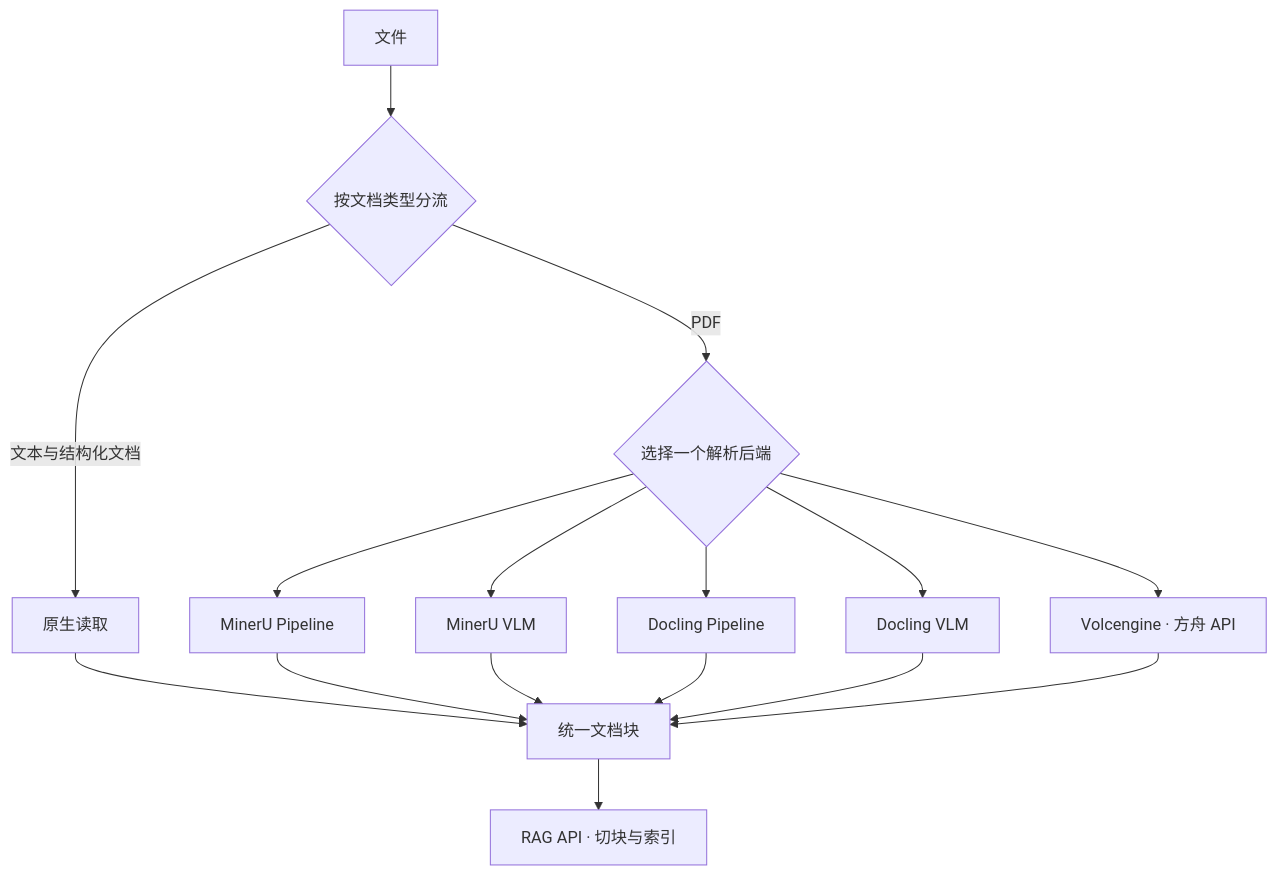
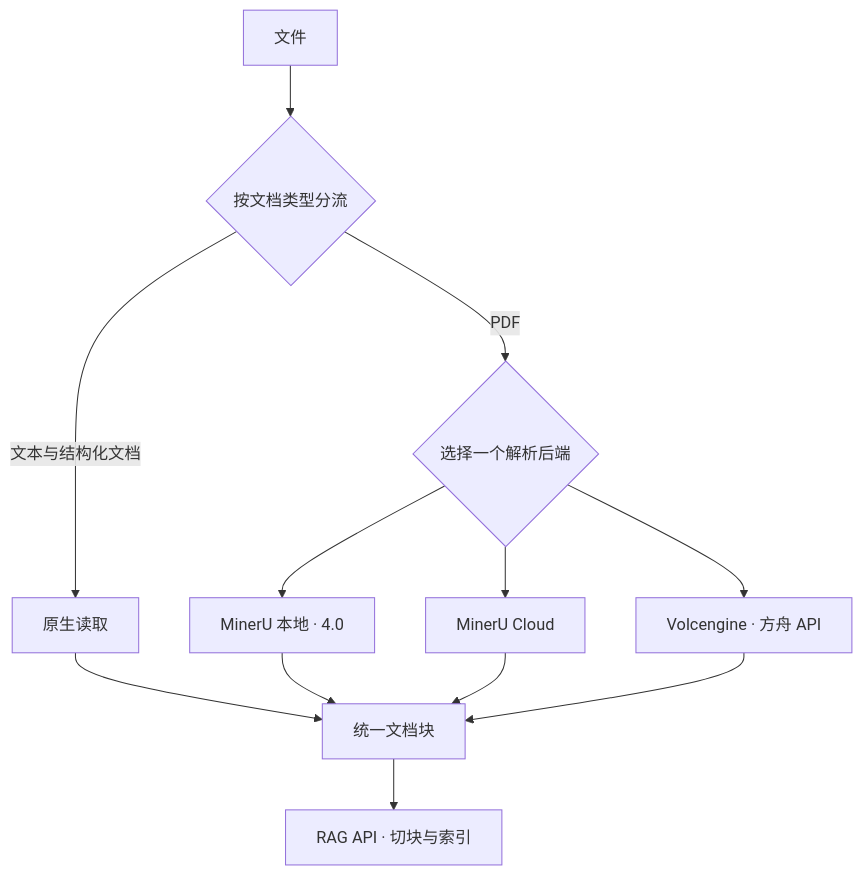
Before and after one commit to guobinqiu/new_brain: the fifth of 7 diagrams in docs/architecture.md, drawn with Mermaid. The commit also changed 61 other files, not shown here.

````diff
--- a/docs/architecture.md
+++ b/docs/architecture.md
@@ -115,18 +115,14 @@
 ```mermaid
 flowchart TB
     File["文件"] --> Route{"按文档类型分流"}
     Route -->|文本与结构化文档| Native["原生读取"]
     Route -->|PDF| Select{"选择一个解析后端"}
     Select --> Ark["Volcengine · 方舟 API"]
-    Select --> MP["MinerU Pipeline"]
-    Select --> MV["MinerU VLM"]
-    Select --> DP["Docling Pipeline"]
-    Select --> DV["Docling VLM"]
+    Select --> MP["MinerU 本地 · 4.0"]
+    Select --> MV["MinerU Cloud"]
     Native --> Blocks["统一文档块"]
     MP --> Blocks
     MV --> Blocks
-    DP --> Blocks
-    DV --> Blocks
     Ark --> Blocks
     Blocks --> RAG["RAG API · 切块与索引"]
 ```
````
